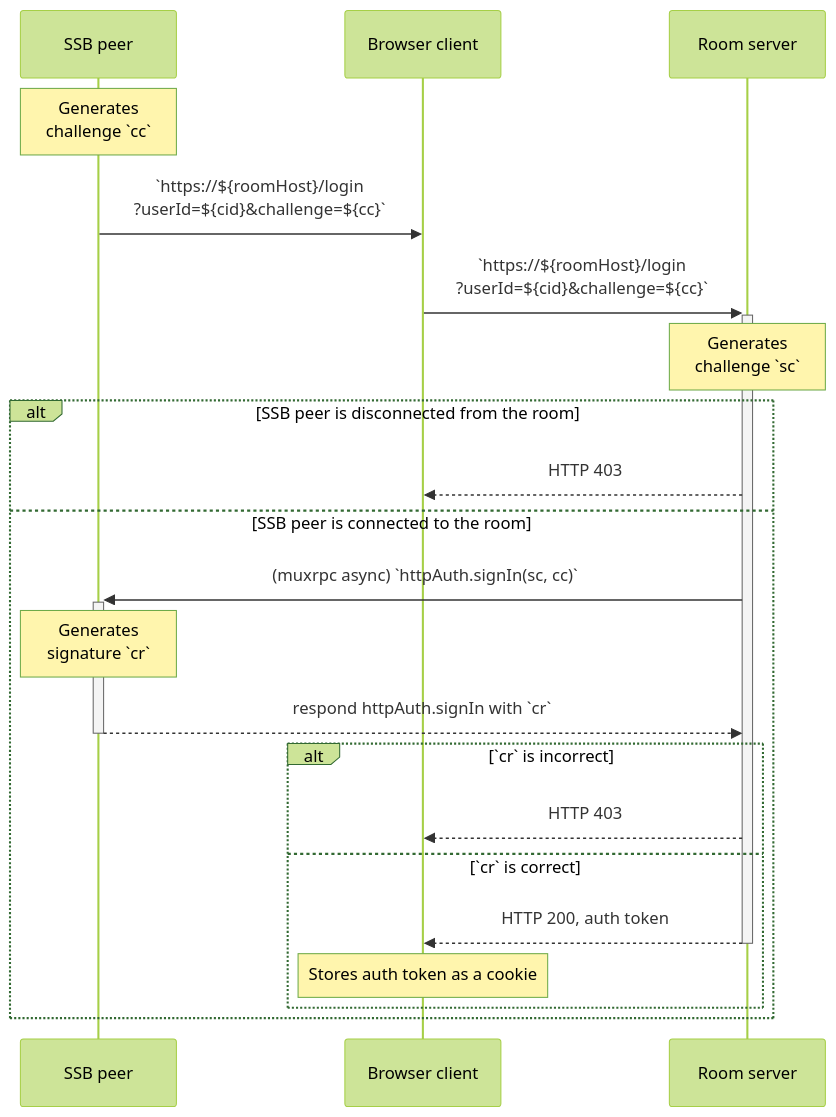
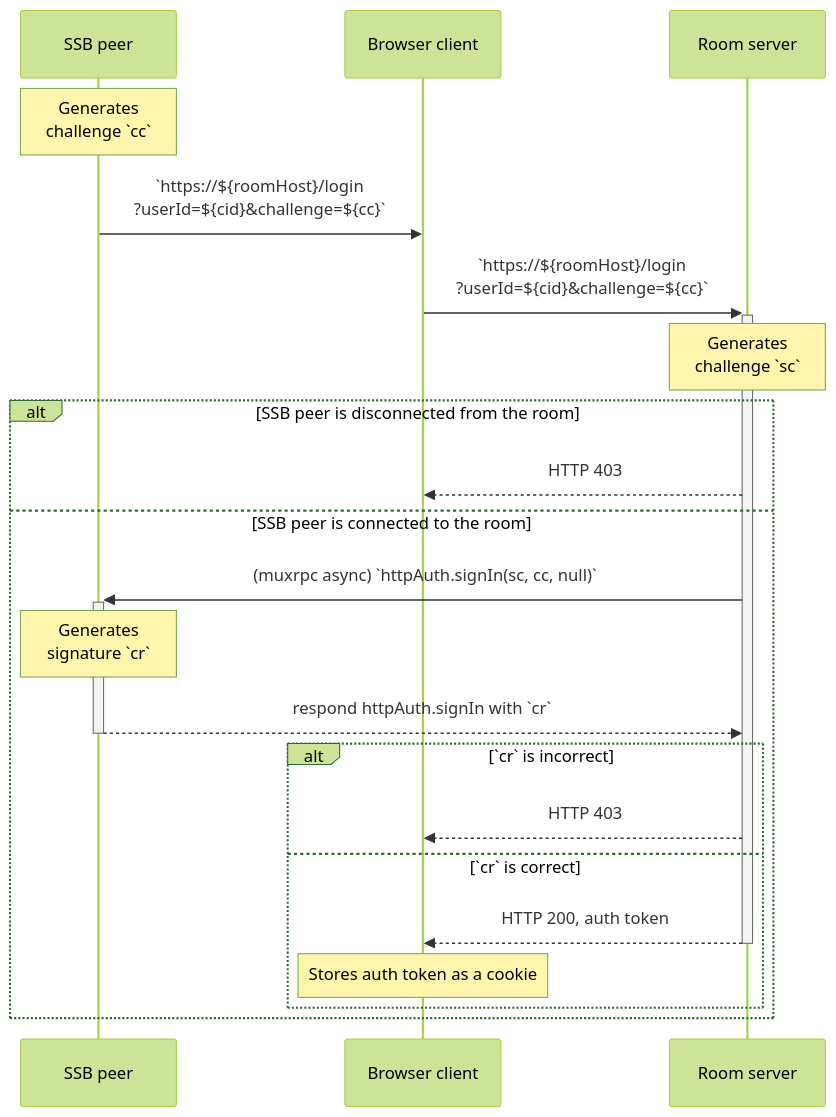
One commit to ssbc/rooms2 changed the first of 4 diagrams in docs/Setup/Sign-in with SSB.md. Above: the diagram before and after it, drawn with Mermaid (forest theme).

Commit message:
Update docs/Setup/Sign-in with SSB.md

````diff
--- a/docs/Setup/Sign-in with SSB.md
+++ b/docs/Setup/Sign-in with SSB.md
@@ -31,24 +31,24 @@
 ```mermaid
 sequenceDiagram
   participant Umux as SSB peer
   participant Uweb as Browser client
   participant R as Room server
 
   note over Umux: Generates<br/>challenge `cc`
   Umux->>Uweb: `https://${roomHost}/login<br/>?userId=${cid}&challenge=${cc}`
   Uweb->>+R: `https://${roomHost}/login<br/>?userId=${cid}&challenge=${cc}`
   Note over R: Generates<br/>challenge `sc`
   alt SSB peer is disconnected from the room
     R-->>Uweb: HTTP 403
   else SSB peer is connected to the room
-    R->>+Umux: (muxrpc async) `httpAuth.signIn(sc, cc)`
+     R->>+Umux: (muxrpc async) `httpAuth.signIn(sc, cc, null)`
     Note over Umux: Generates<br/>signature `cr`
     Umux-->>-R: respond httpAuth.signIn with `cr`
     alt `cr` is incorrect
       R-->>Uweb: HTTP 403
     else `cr` is correct
       R-->>-Uweb: HTTP 200, auth token
       Note over Uweb: Stores auth token as a cookie
     end
   end
 ```
````
